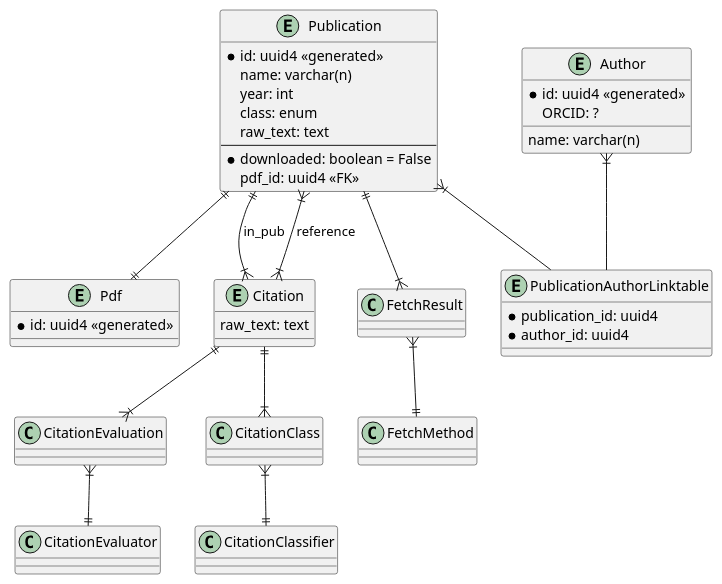
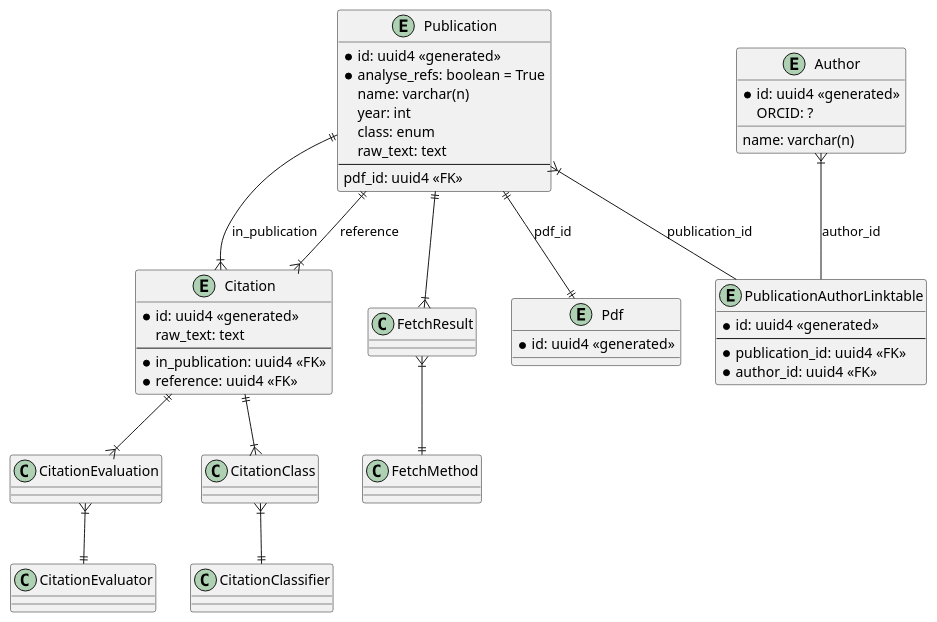
Before and after one commit to ouspg/refhandler: the diagram in backend/src/db/database_schema.puml, drawn with PlantUML.

Commit message:
Progress on db schema

```diff
--- a/backend/src/db/database_schema.puml
+++ b/backend/src/db/database_schema.puml
@@ -1,53 +1,58 @@
 @startuml Database Schema
 'skinparam linetype ortho
 
 entity Publication{
     *id: uuid4 <<generated>>
+    *analyse_refs: boolean = True
     name: varchar(n)
     'university
     'faculty
     'programme
     year: int
     class: enum
     raw_text: text
     --
-    *downloaded: boolean = False
     pdf_id: uuid4 <<FK>>
 }
 
+entity Pdf {
+  *id: uuid4 <<generated>>
+}
+
 entity PublicationAuthorLinktable{
-    *publication_id: uuid4
-    *author_id: uuid4
-    
+    *id: uuid4 <<generated>>
+    --
+    *publication_id: uuid4 <<FK>>
+    *author_id: uuid4 <<FK>>
 }
 
 entity Author{
     *id: uuid4 <<generated>>
     ORCID: ?
     name: varchar(n)
 }
 
-entity Pdf {
-  *id: uuid4 <<generated>>
+entity Citation{
+    *id: uuid4 <<generated>>
+    raw_text: text
+    --
+    *in_publication: uuid4 <<FK>>
+    *reference: uuid4 <<FK>>
 }
 
-entity Citation{
-    raw_text: text
-}
-
-Publication ||--|| Pdf
-Publication }|-- PublicationAuthorLinktable
-Author }|-- PublicationAuthorLinktable
+Publication ||--|| Pdf: pdf_id
+Publication }|-- PublicationAuthorLinktable: publication_id
+Author }|-- PublicationAuthorLinktable: author_id
 
 Publication ||--|{ FetchResult
 FetchResult }|--|| FetchMethod
 
-Publication ||--|{ Citation: in_pub
-Publication }|--|{ Citation: reference
+Publication ||--|{ Citation: in_publication
+Publication ||--|{ Citation: reference
 
 Citation ||--|{ CitationClass
 CitationClass }|--|| CitationClassifier
 Citation ||--|{ CitationEvaluation
 CitationEvaluation }|--|| CitationEvaluator
 
 @enduml
```
